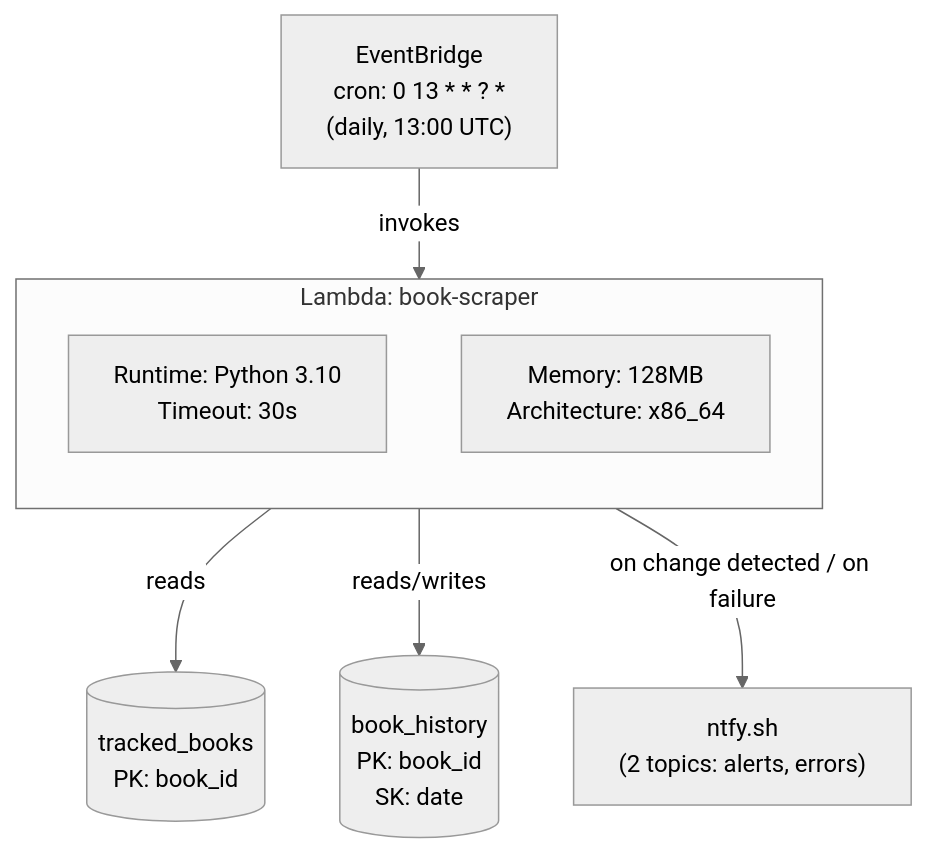
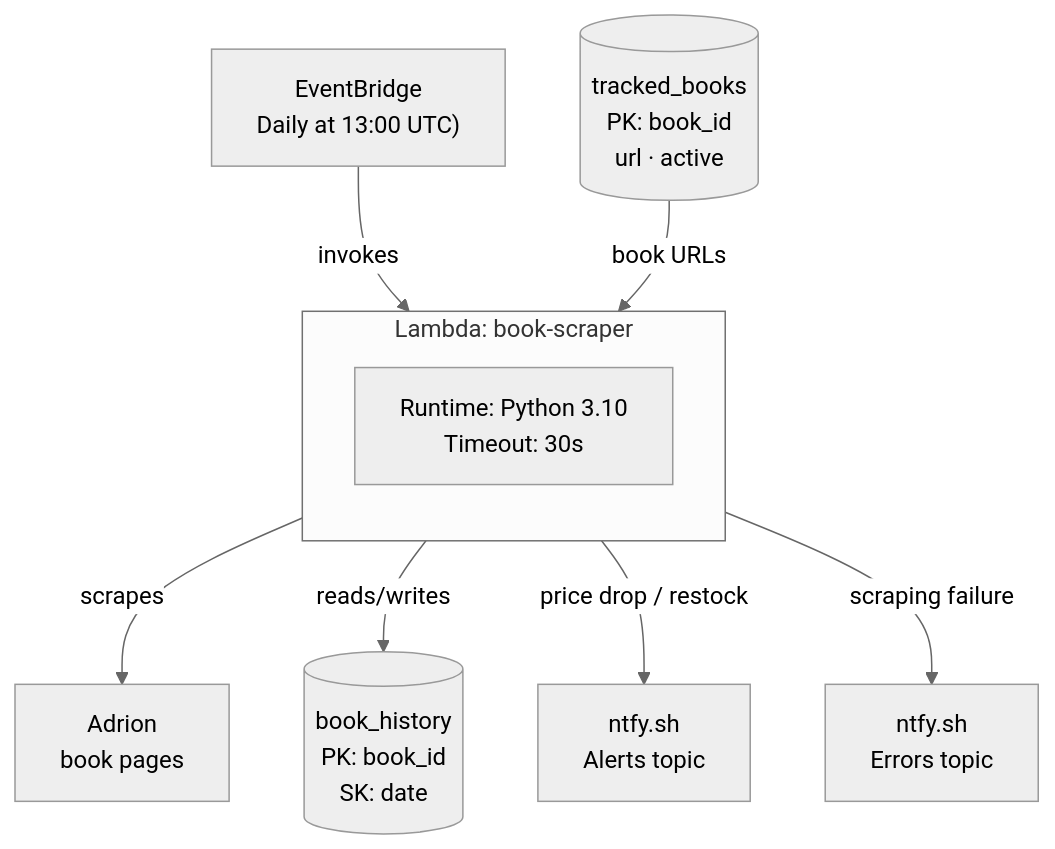
One commit to plantp0t/book-tracker changed the diagram in README.md. Above: the diagram before and after it, drawn with Mermaid (neutral theme). The commit also changed other lines of this file, not shown here.

````diff
--- a/README.md
+++ b/README.md
@@ -11,14 +39,17 @@
 ```mermaid
 flowchart TD
-    EB["EventBridge<br/>cron: 0 13 * * ? *<br/>(daily, 13:00 UTC)"] -->|invokes| L
+    EB["EventBridge<br/>Daily at 13:00 UTC)"] -->|invokes| L
 
     subgraph L["Lambda: book-scraper"]
         direction TB
         L1["Runtime: Python 3.10<br/>Timeout: 30s"]
-        L2["Memory: 128MB<br/>Architecture: x86_64"]
     end
 
-    L -->|reads| TB[("tracked_books<br/>PK: book_id")]
+    TB[("tracked_books<br/>PK: book_id<br/>url · active")] -->|book URLs| L
+    L -->|scrapes| A["Adrion<br/>book pages"]
+
     L -->|reads/writes| BH[("book_history<br/>PK: book_id<br/>SK: date")]
-    L -->|on change detected / on failure| NTFY["ntfy.sh<br/>(2 topics: alerts, errors)"]
+
+    L -->|price drop / restock| N1["ntfy.sh<br/>Alerts topic"]
+    L -->|scraping failure| N2["ntfy.sh<br/>Errors topic"]
 ```
````
